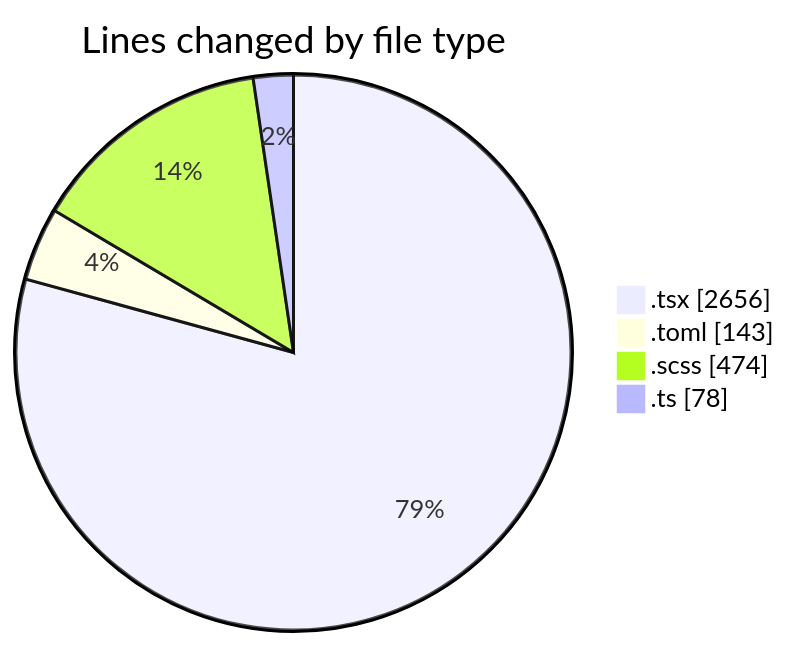
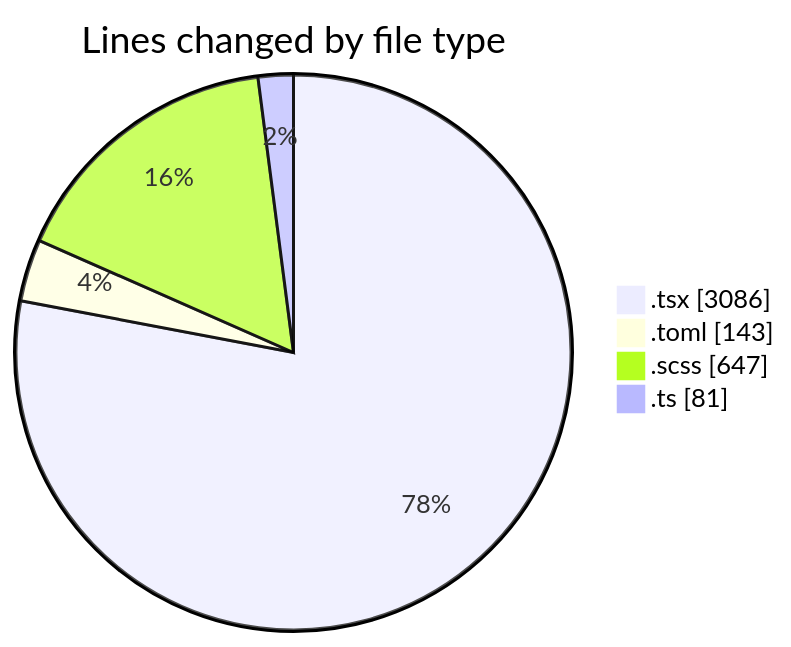
Before and after one commit to momahboobian/code-tracking: the first of 2 diagrams in 2026-11-02/cda/README.md, drawn with Mermaid. The commit also changed other lines of this file and 1 other file, not shown here.

````diff
--- a/2026-11-02/cda/README.md
+++ b/2026-11-02/cda/README.md
@@ -40,8 +46,8 @@
 ```mermaid
 pie showData
 title Lines changed by file type
-".tsx" : 2656
+".tsx" : 3086
 ".toml" : 143
-".scss" : 474
-".ts" : 78
+".scss" : 647
+".ts" : 81
 ```
````
